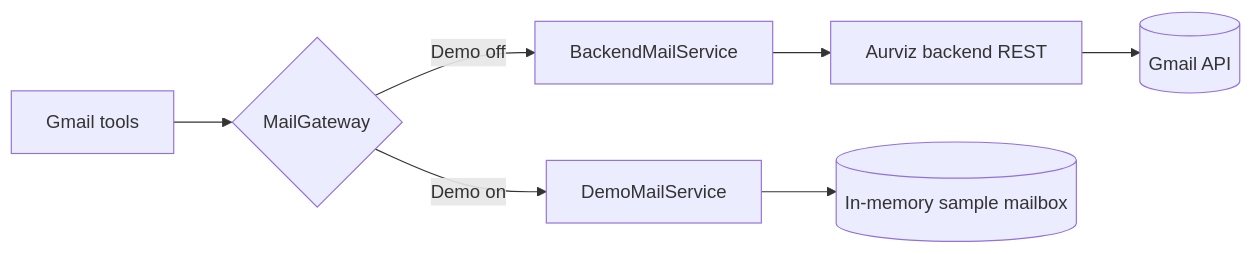
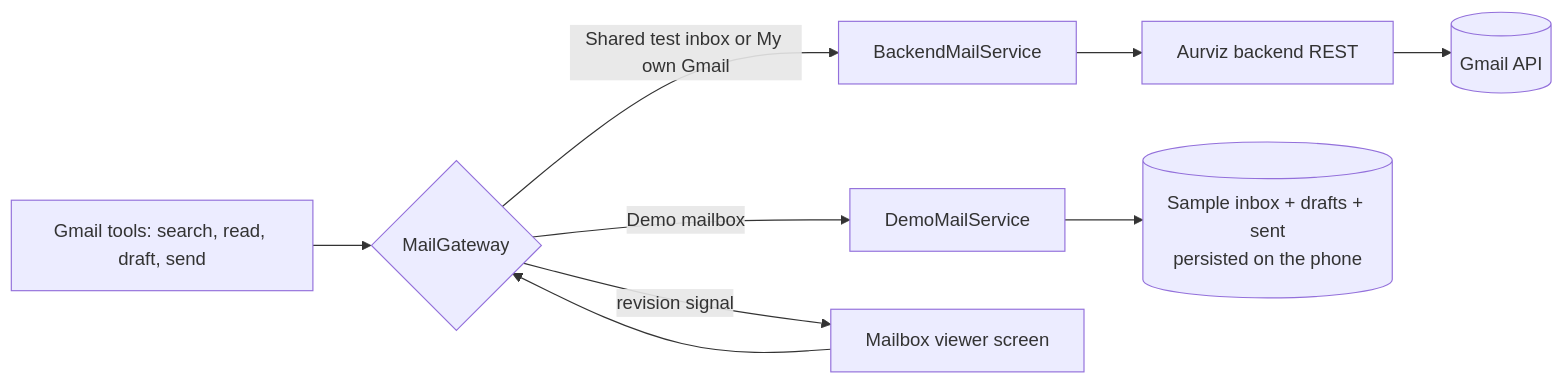
The fifth of 7 diagrams in docs/ARCHITECTURE.md (AdityaKushwaha404/Aurviz_agent), drawn with Mermaid before and after one commit. The commit also changed other lines of this file and 51 other files, not shown here.

First line of the commit message:
feat: shared test inbox, mailbox viewer with live updates, mailbox source selection; screenshots and docs

````diff
--- a/docs/ARCHITECTURE.md
+++ b/docs/ARCHITECTURE.md
@@ -148,9 +151,11 @@
 ```mermaid
 flowchart LR
-    T[Gmail tools] --> G{MailGateway}
-    G -- Demo off --> B[BackendMailService]
-    G -- Demo on --> D[DemoMailService]
+    T[Gmail tools: search, read, draft, send] --> G{MailGateway}
+    G -- Shared test inbox or My own Gmail --> B[BackendMailService]
+    G -- Demo mailbox --> D[DemoMailService]
     B --> API[Aurviz backend REST]
     API --> GM[(Gmail API)]
-    D --> S[(In-memory sample mailbox)]
+    D --> S[(Sample inbox + drafts + sent<br/>persisted on the phone)]
+    V[Mailbox viewer screen] --> G
+    G -- revision signal --> V
 ```
````
